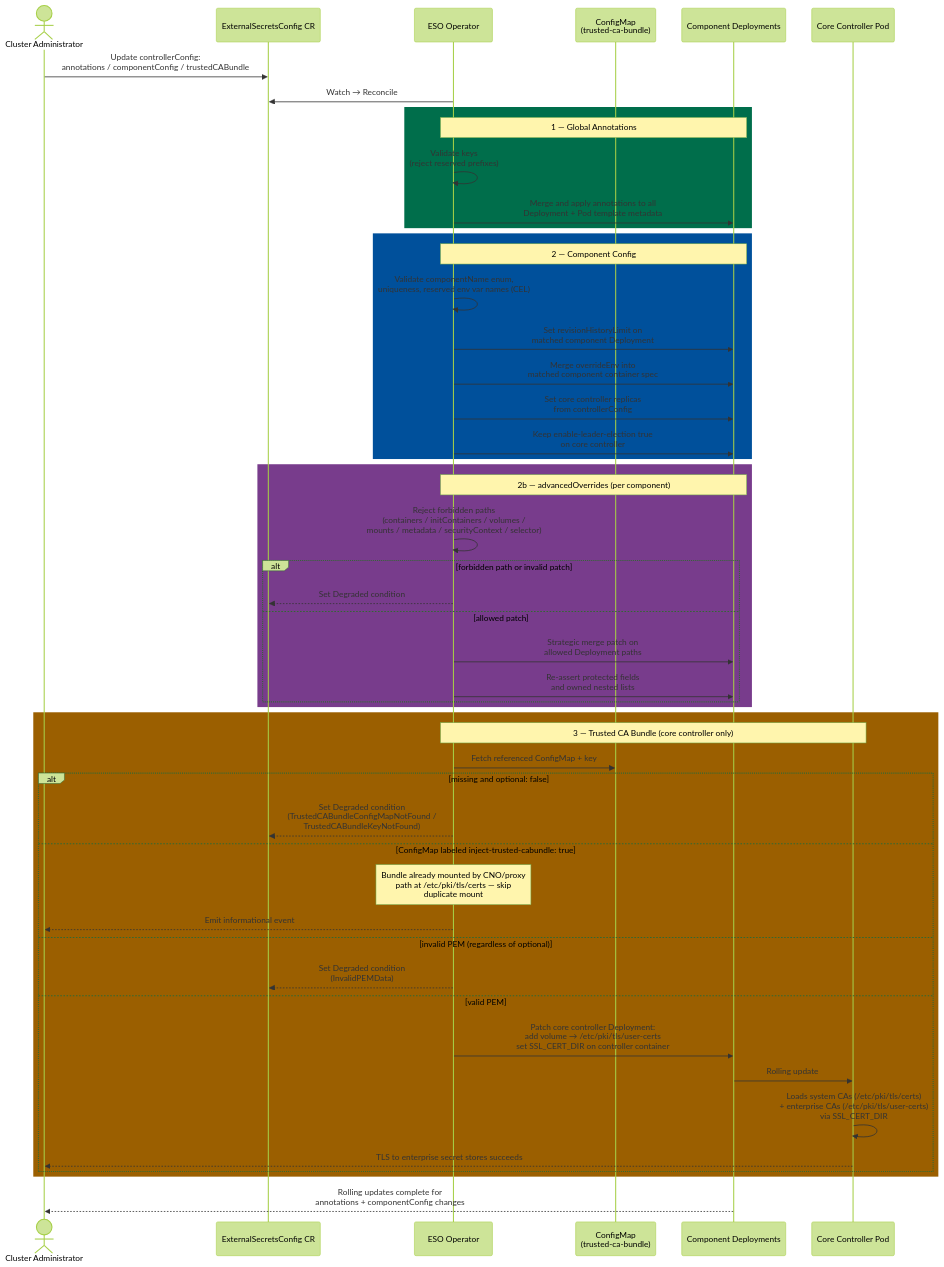
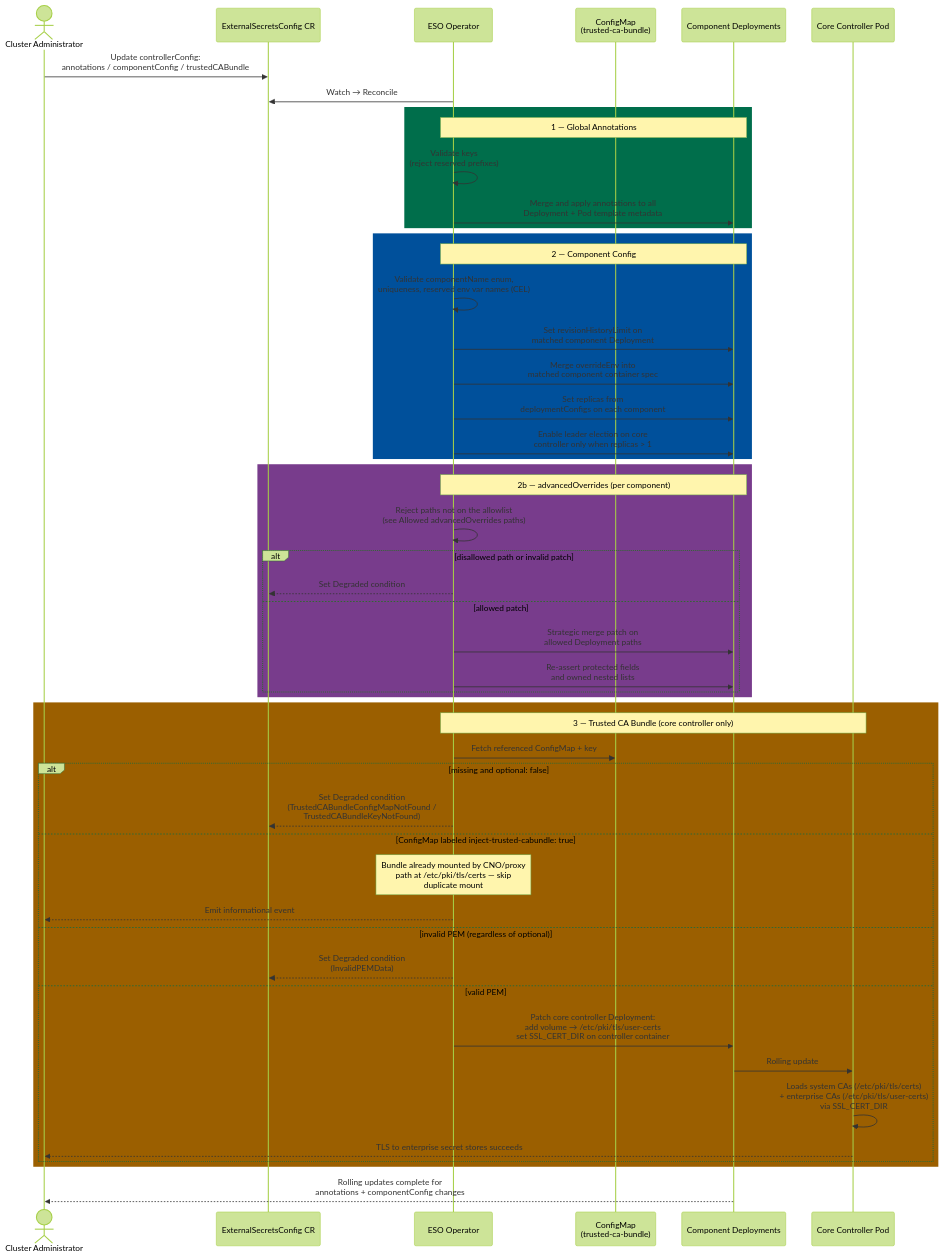
The diagram in enhancements/external-secrets-operator/external-secrets-component-config.md (openshift/enhancements), drawn with Mermaid (forest theme) before and after one commit. The commit also changed other lines of this file, not shown here.

````diff
--- a/enhancements/external-secrets-operator/external-secrets-component-config.md
+++ b/enhancements/external-secrets-operator/external-secrets-component-config.md
@@ -155,58 +146,58 @@
 ```mermaid
 sequenceDiagram
     actor Admin as Cluster Administrator
     participant CR as ExternalSecretsConfig CR
     participant Op as ESO Operator
     participant CM as ConfigMap<br/>(trusted-ca-bundle)
     participant Deps as Component Deployments
     participant Pod as Core Controller Pod
 
     Admin->>CR: Update controllerConfig:<br/>annotations / componentConfig / trustedCABundle
     Op->>CR: Watch → Reconcile
 
     rect rgb(0, 110, 75)
         Note over Op,Deps: 1 — Global Annotations
         Op->>Op: Validate keys<br/>(reject reserved prefixes)
         Op->>Deps: Merge and apply annotations to all<br/>Deployment + Pod template metadata
     end
 
     rect rgb(0, 80, 155)
         Note over Op,Deps: 2 — Component Config
         Op->>Op: Validate componentName enum,<br/>uniqueness, reserved env var names (CEL)
         Op->>Deps: Set revisionHistoryLimit on<br/>matched component Deployment
         Op->>Deps: Merge overrideEnv into<br/>matched component container spec
-        Op->>Deps: Set core controller replicas<br/>from controllerConfig
-        Op->>Deps: Keep enable-leader-election true<br/>on core controller
+        Op->>Deps: Set replicas from<br/>deploymentConfigs on each component
+        Op->>Deps: Enable leader election on core<br/>controller only when replicas > 1
     end
 
     rect rgb(120, 60, 140)
         Note over Op,Deps: 2b — advancedOverrides (per component)
-        Op->>Op: Reject forbidden paths<br/>(containers / initContainers / volumes /<br/>mounts / metadata / securityContext / selector)
-        alt forbidden path or invalid patch
+        Op->>Op: Reject paths not on the allowlist<br/>(see Allowed advancedOverrides paths)
+        alt disallowed path or invalid patch
             Op-->>CR: Set Degraded condition
         else allowed patch
             Op->>Deps: Strategic merge patch on<br/>allowed Deployment paths
             Op->>Deps: Re-assert protected fields<br/>and owned nested lists
         end
     end
 
     rect rgb(155, 95, 0)
         Note over Op,Pod: 3 — Trusted CA Bundle (core controller only)
         Op->>CM: Fetch referenced ConfigMap + key
         alt missing and optional: false
             Op-->>CR: Set Degraded condition<br/>(TrustedCABundleConfigMapNotFound /<br/>TrustedCABundleKeyNotFound)
         else ConfigMap labeled inject-trusted-cabundle: true
             Note over Op: Bundle already mounted by CNO/proxy<br/>path at /etc/pki/tls/certs — skip<br/>duplicate mount
             Op-->>Admin: Emit informational event
         else invalid PEM (regardless of optional)
             Op-->>CR: Set Degraded condition<br/>(InvalidPEMData)
         else valid PEM
             Op->>Deps: Patch core controller Deployment:<br/>add volume → /etc/pki/tls/user-certs<br/>set SSL_CERT_DIR on controller container
             Deps->>Pod: Rolling update
             Pod->>Pod: Loads system CAs (/etc/pki/tls/certs)<br/>+ enterprise CAs (/etc/pki/tls/user-certs)<br/>via SSL_CERT_DIR
             Pod-->>Admin: TLS to enterprise secret stores succeeds
         end
     end
 
     Deps-->>Admin: Rolling updates complete for<br/>annotations + componentConfig changes
 ```
````
